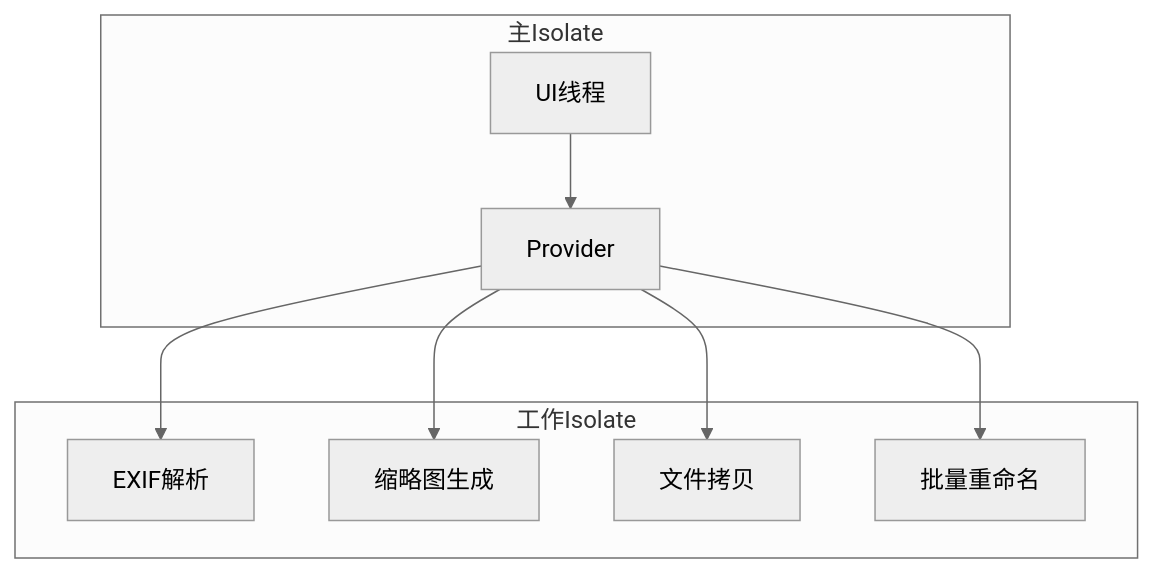
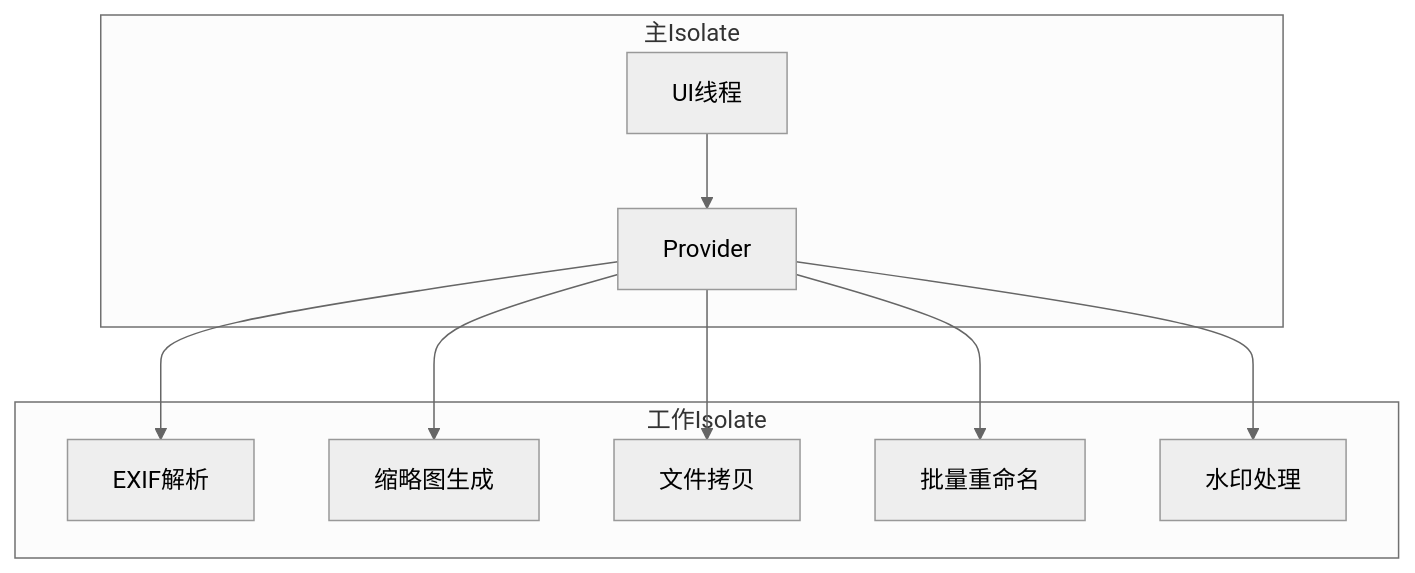
Before and after one commit to OldSuns/Camera_Toolbox: the third of 5 diagrams in README.md, drawn with Mermaid (neutral theme). The commit also changed other lines of this file, not shown here.

````diff
--- a/README.md
+++ b/README.md
@@ -131,20 +137,22 @@
 ```mermaid
 graph TD
     subgraph "主Isolate"
         A["UI线程"]
         B["Provider"]
     end
 
     subgraph "工作Isolate"
         C["EXIF解析"]
         D["缩略图生成"]
         E["文件拷贝"]
         F["批量重命名"]
+        G["水印处理"]
     end
 
     A --> B
     B --> C
     B --> D
     B --> E
     B --> F
+    B --> G
 ```
````
